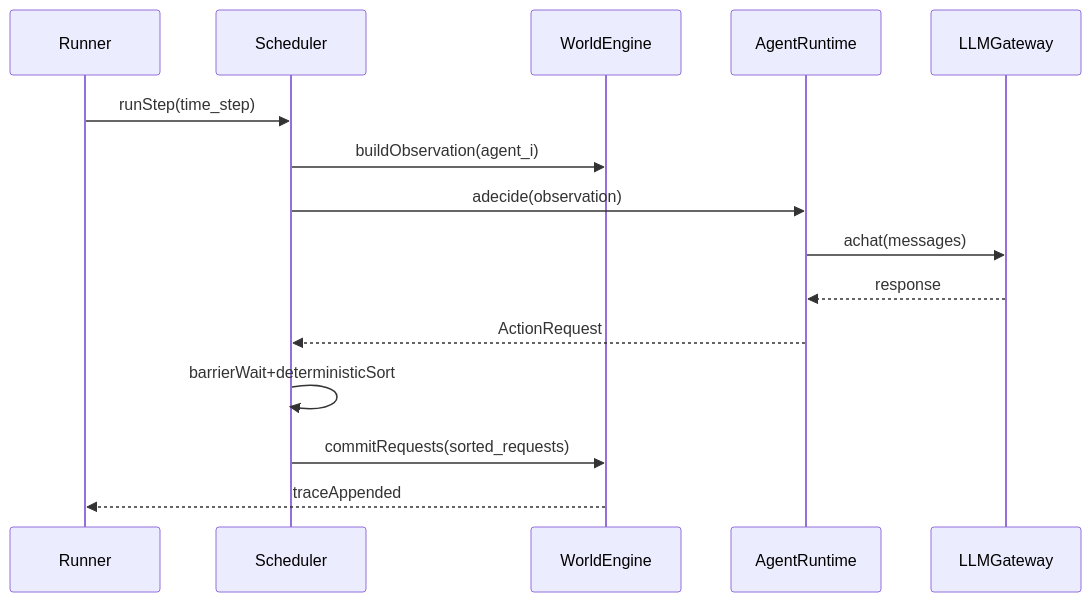
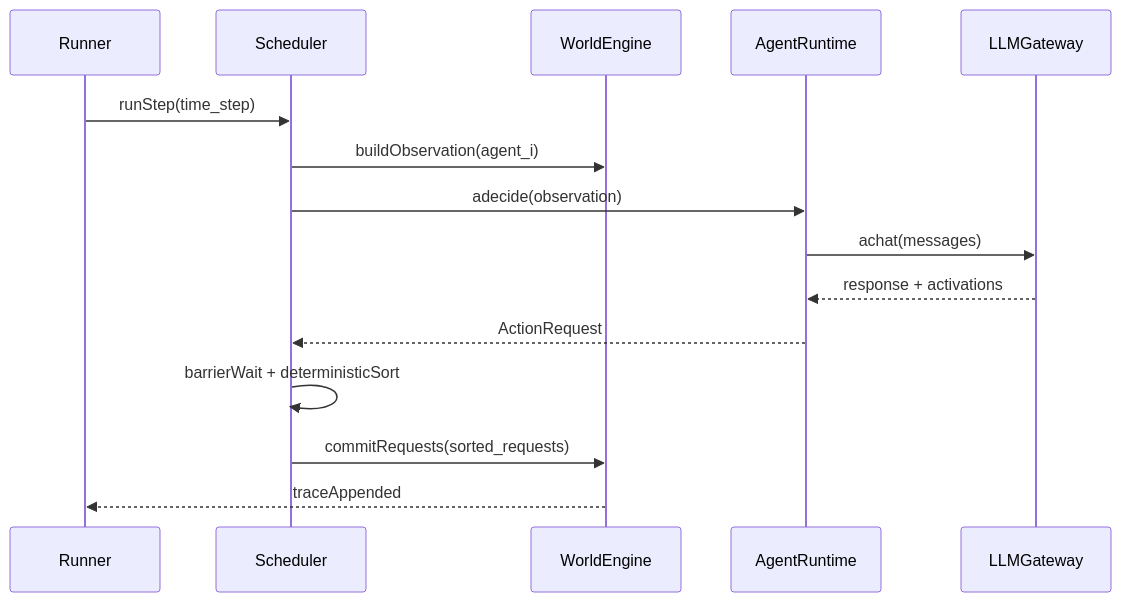
One commit to Mahdi-s/vivarium changed the second of 2 diagrams in README.md. Above: the diagram before and after it, drawn with Mermaid. The commit also changed other lines of this file, not shown here.

First line of the commit message:
Rewrite README with epic descriptions and Mermaid architecture diagram

````diff
--- a/README.md
+++ b/README.md
@@ -324,18 +175,18 @@
 ```mermaid
 sequenceDiagram
-participant Runner
-participant Scheduler
-participant WorldEngine
-participant AgentRuntime
-participant LLMGateway
+    participant Runner
+    participant Scheduler
+    participant WorldEngine
+    participant AgentRuntime
+    participant LLMGateway
 
-Runner->>Scheduler: runStep(time_step)
-Scheduler->>WorldEngine: buildObservation(agent_i)
-Scheduler->>AgentRuntime: adecide(observation)
-AgentRuntime->>LLMGateway: achat(messages)
-LLMGateway-->>AgentRuntime: response
-AgentRuntime-->>Scheduler: ActionRequest
-Scheduler->>Scheduler: barrierWait+deterministicSort
-Scheduler->>WorldEngine: commitRequests(sorted_requests)
-WorldEngine-->>Runner: traceAppended
+    Runner->>Scheduler: runStep(time_step)
+    Scheduler->>WorldEngine: buildObservation(agent_i)
+    Scheduler->>AgentRuntime: adecide(observation)
+    AgentRuntime->>LLMGateway: achat(messages)
+    LLMGateway-->>AgentRuntime: response + activations
+    AgentRuntime-->>Scheduler: ActionRequest
+    Scheduler->>Scheduler: barrierWait + deterministicSort
+    Scheduler->>WorldEngine: commitRequests(sorted_requests)
+    WorldEngine-->>Runner: traceAppended
 ```
````
